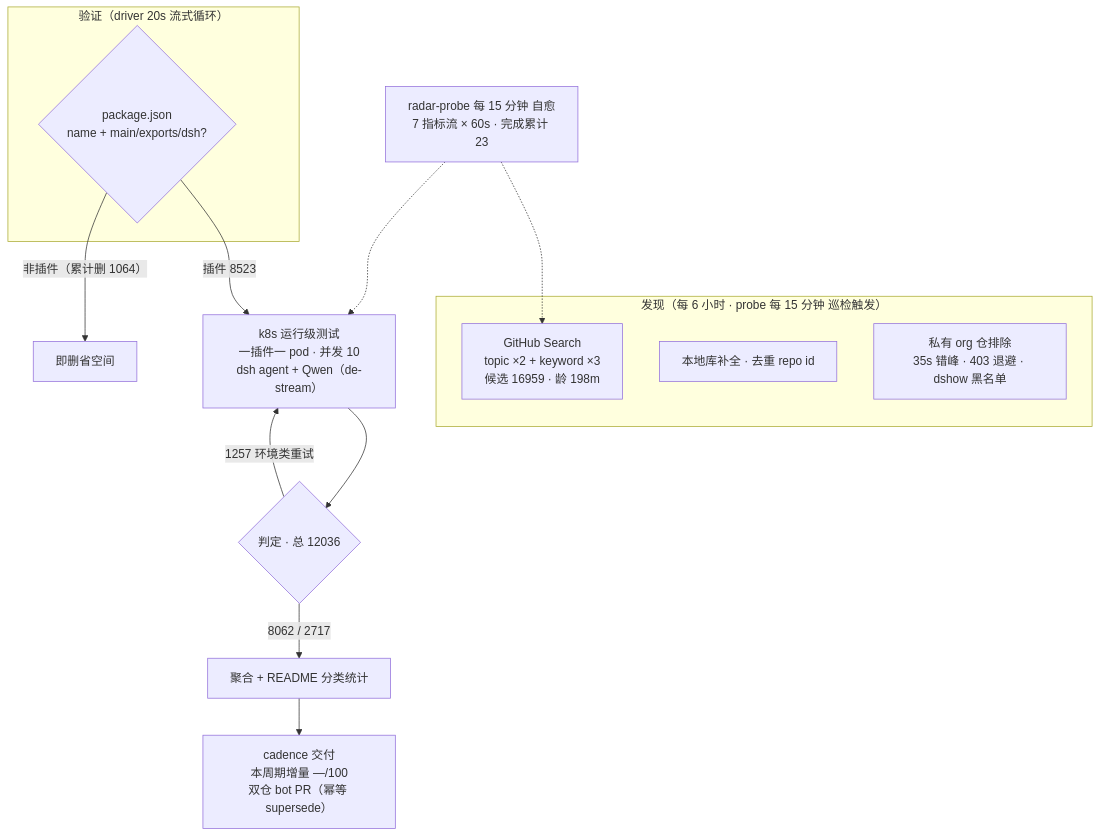
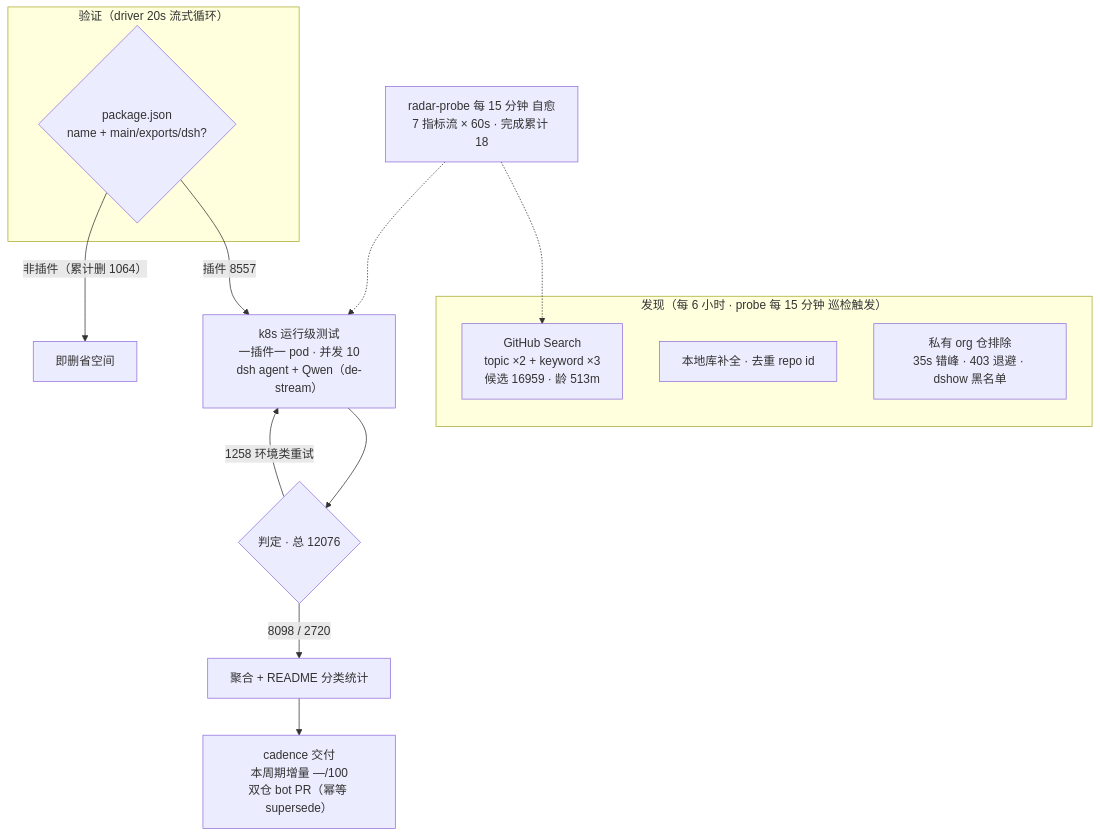
The diagram in README.md (Zhidao-Lab-OSS/awesome-dsh-plugins), drawn with Mermaid before and after one commit. The commit also changed other lines of this file and 1 other file, not shown here.

````diff
--- a/README.md
+++ b/README.md
@@ -52,20 +52,20 @@
 ```mermaid
 flowchart TB
     subgraph Discovery["发现（每 6 小时 · probe 每 15 分钟 巡检触发）"]
-        A1["GitHub Search<br/>topic ×2 + keyword ×3<br/>候选 16959 · 龄 198m"]
+        A1["GitHub Search<br/>topic ×2 + keyword ×3<br/>候选 16959 · 龄 513m"]
         A2["本地库补全 · 去重 repo id"]
         A3["私有 org 仓排除<br/>35s 错峰 · 403 退避 · dshow 黑名单"]
     end
     subgraph Validation["验证（driver 20s 流式循环）"]
         B1{"package.json<br/>name + main/exports/dsh?"}
     end
-    B1 -->|"插件 8523"| C1["k8s 运行级测试<br/>一插件一 pod · 并发 10<br/>dsh agent + Qwen（de-stream）"]
+    B1 -->|"插件 8557"| C1["k8s 运行级测试<br/>一插件一 pod · 并发 10<br/>dsh agent + Qwen（de-stream）"]
     B1 -->|"非插件（累计删 1064）"| B3["即删省空间"]
-    C1 --> D1{"判定 · 总 12036"}
-    D1 -->|"8062 / 2717"| E1["聚合 + README 分类统计"]
-    D1 -->|"1257 环境类重试"| C1
+    C1 --> D1{"判定 · 总 12076"}
+    D1 -->|"8098 / 2720"| E1["聚合 + README 分类统计"]
+    D1 -->|"1258 环境类重试"| C1
     E1 --> E2["cadence 交付<br/>本周期增量 —/100<br/>双仓 bot PR（幂等 supersede）"]
-    M["radar-probe 每 15 分钟 自愈<br/>7 指标流 × 60s · 完成累计 23"]
+    M["radar-probe 每 15 分钟 自愈<br/>7 指标流 × 60s · 完成累计 18"]
     M -.-> A1
     M -.-> C1
 ```
````
